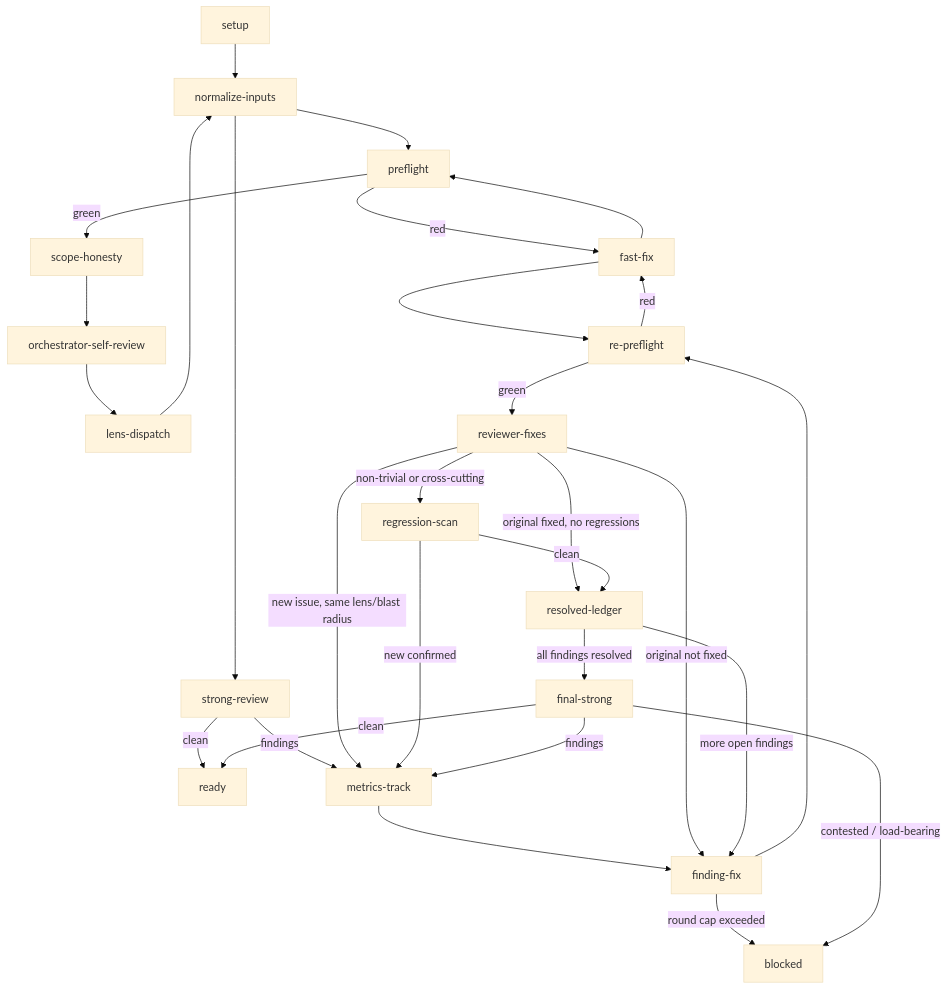
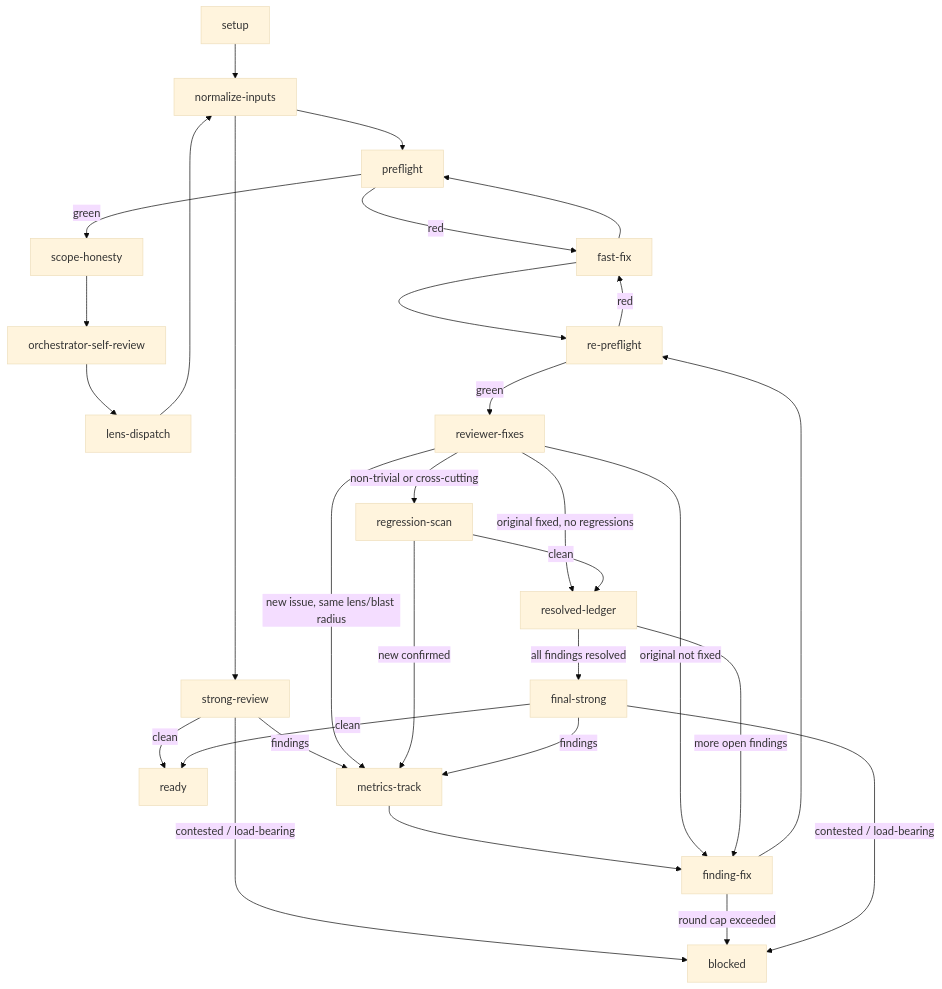
One commit to HarleyBartles/agent-asset-marketplace changed the diagram in .agents/skills/iterative-review/references/review-state-graph.md. Above: the diagram before and after it, drawn with Mermaid (base theme). The commit also changed 2 other files, not shown here.

Commit message:
fix(review-state-graph): restore strong-review -> blocked Mermaid edge
Generated with [Devin](https://devin.ai)

````diff
--- a/.agents/skills/iterative-review/references/review-state-graph.md
+++ b/.agents/skills/iterative-review/references/review-state-graph.md
@@ -9,30 +9,31 @@
 ```mermaid
 flowchart TD
     setup --> normalize-inputs --> preflight
     preflight -->|red| fast-fix --> preflight
     preflight -->|green| scope-honesty --> orchestrator-self-review
     orchestrator-self-review --> lens-dispatch
     lens-dispatch --> normalize-inputs --> strong-review
     strong-review -->|clean| ready
     strong-review -->|findings| metrics-track
+    strong-review -->|contested / load-bearing| blocked
 
     metrics-track --> finding-fix
     finding-fix --> re-preflight
     finding-fix -->|round cap exceeded| blocked
     re-preflight -->|red| fast-fix --> re-preflight
     re-preflight -->|green| reviewer-fixes
 
     reviewer-fixes -->|original fixed, no regressions| resolved-ledger
     reviewer-fixes -->|original not fixed| finding-fix
     reviewer-fixes -->|new issue, same lens/blast radius| metrics-track
     reviewer-fixes -->|non-trivial or cross-cutting| regression-scan
 
     regression-scan -->|clean| resolved-ledger
     regression-scan -->|new confirmed| metrics-track
 
     resolved-ledger -->|more open findings| finding-fix
     resolved-ledger -->|all findings resolved| final-strong
     final-strong -->|clean| ready
     final-strong -->|findings| metrics-track
     final-strong -->|contested / load-bearing| blocked
 ```
````
